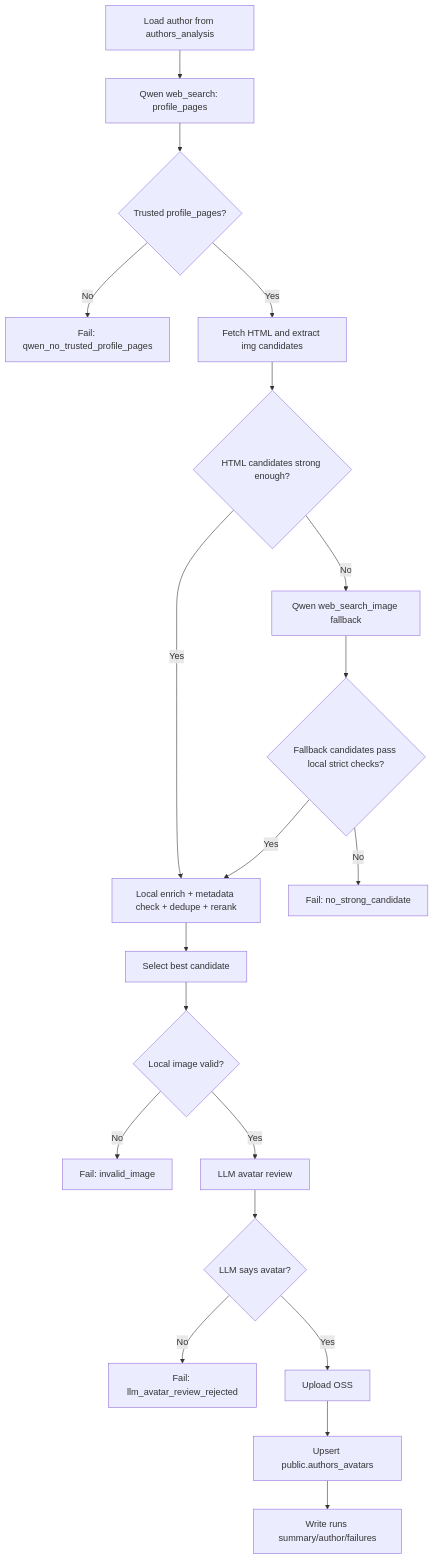
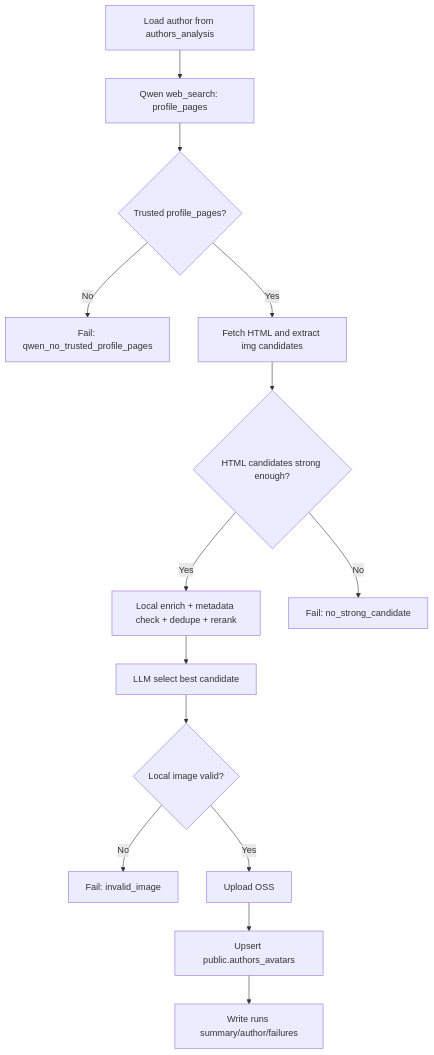
The diagram in README.md (CharlieHasAHeart/openalex), drawn with Mermaid before and after one commit. The commit also changed other lines of this file and 14 other files, not shown here.

````diff
--- a/README.md
+++ b/README.md
@@ -34,22 +33,16 @@
 ```mermaid
 flowchart TD
     A[Load author from authors_analysis] --> B[Qwen web_search: profile_pages]
     B --> C{Trusted profile_pages?}
     C -- No --> Z1[Fail: qwen_no_trusted_profile_pages]
     C -- Yes --> D[Fetch HTML and extract img candidates]
     D --> E{HTML candidates strong enough?}
     E -- Yes --> G[Local enrich + metadata check + dedupe + rerank]
-    E -- No --> F[Qwen web_search_image fallback]
-    F --> F2{Fallback candidates pass local strict checks?}
-    F2 -- No --> Z2[Fail: no_strong_candidate]
-    F2 -- Yes --> G
-    G --> H[Select best candidate]
+    E -- No --> Z2[Fail: no_strong_candidate]
+    G --> H[LLM select best candidate]
     H --> I{Local image valid?}
     I -- No --> Z3[Fail: invalid_image]
-    I -- Yes --> J[LLM avatar review]
-    J --> K{LLM says avatar?}
-    K -- No --> Z4[Fail: llm_avatar_review_rejected]
-    K -- Yes --> L[Upload OSS]
+    I -- Yes --> L[Upload OSS]
     L --> M[Upsert public.authors_avatars]
     M --> N[Write runs summary/author/failures]
 ```
````
